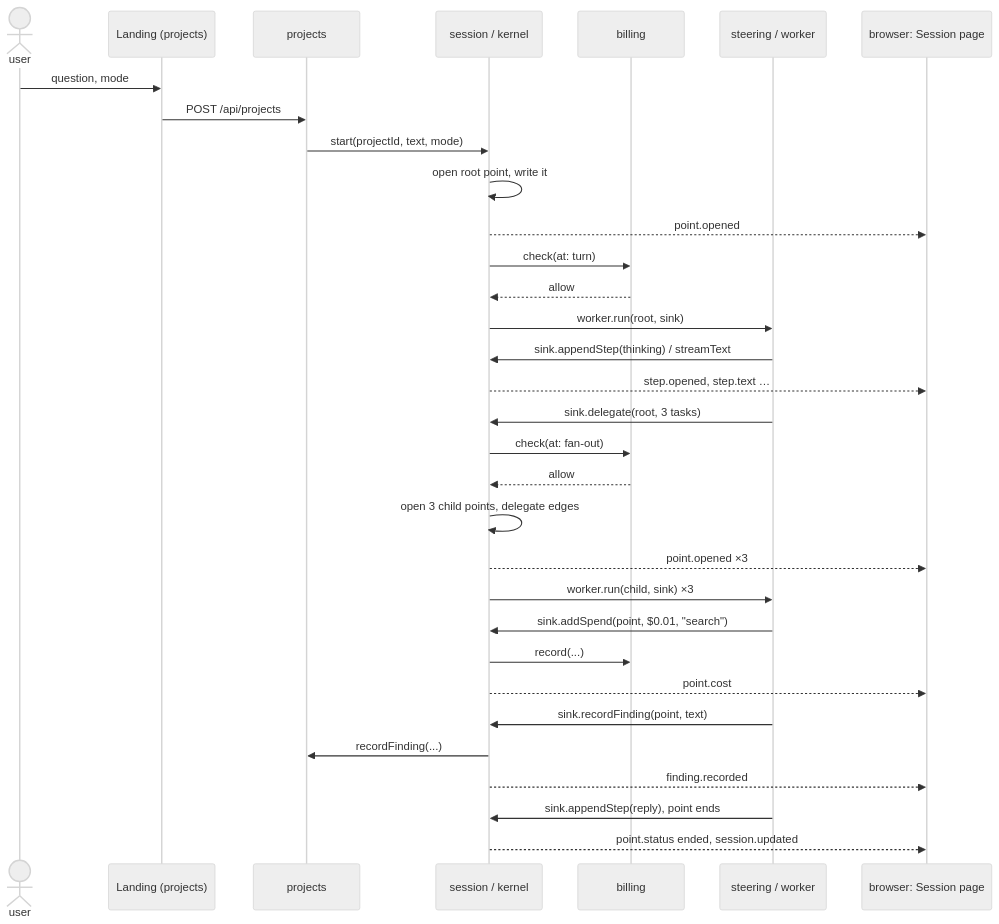
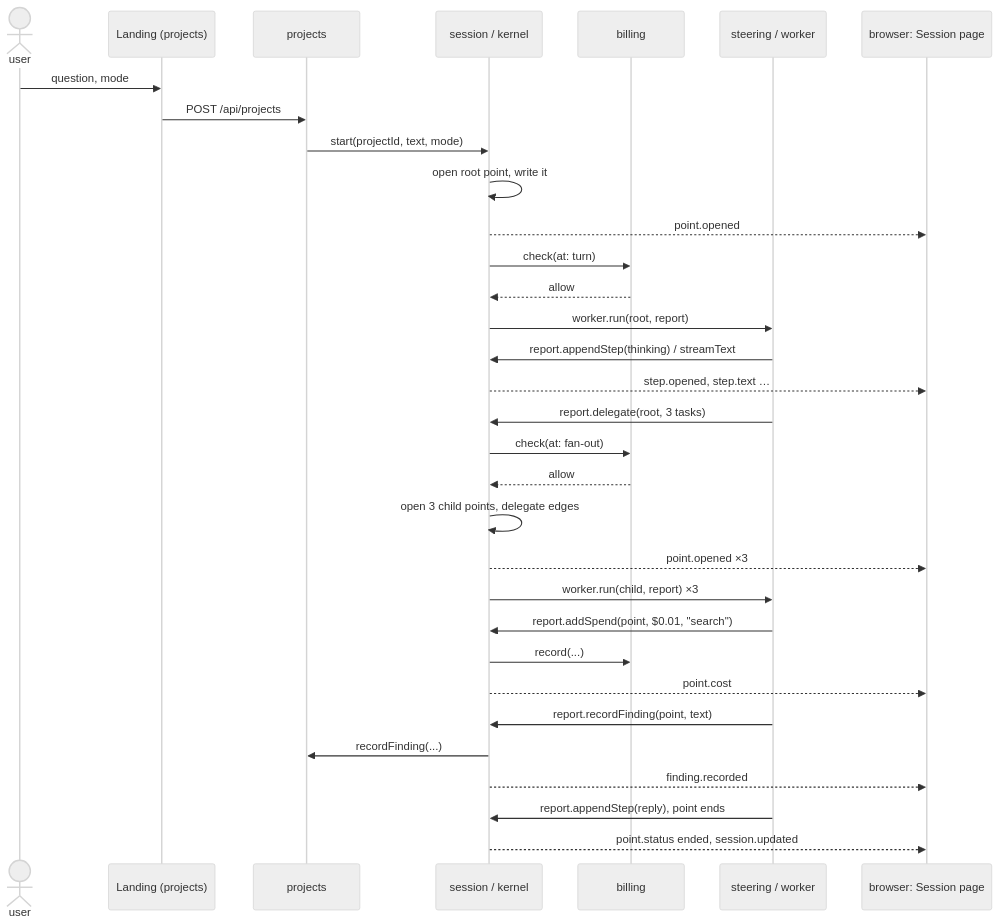
The ninth of 16 diagrams in docs/ARCHITECTURE.md (ziyangliu-666/lumen-next), drawn with Mermaid (neutral theme) before and after one commit. The commit also changed other lines of this file and 17 other files, not shown here.

````diff
--- a/docs/ARCHITECTURE.md
+++ b/docs/ARCHITECTURE.md
@@ -471,35 +471,35 @@
 ```mermaid
 sequenceDiagram
   actor U as user
   participant L as Landing (projects)
   participant P as projects
   participant S as session / kernel
   participant M as billing
   participant T as steering / worker
   participant B as browser: Session page
 
   U->>L: question, mode
   L->>P: POST /api/projects
   P->>S: start(projectId, text, mode)
   S->>S: open root point, write it
   S-->>B: point.opened
   S->>M: check(at: turn)
   M-->>S: allow
-  S->>T: worker.run(root, sink)
-  T->>S: sink.appendStep(thinking) / streamText
+  S->>T: worker.run(root, report)
+  T->>S: report.appendStep(thinking) / streamText
   S-->>B: step.opened, step.text …
-  T->>S: sink.delegate(root, 3 tasks)
+  T->>S: report.delegate(root, 3 tasks)
   S->>M: check(at: fan-out)
   M-->>S: allow
   S->>S: open 3 child points, delegate edges
   S-->>B: point.opened ×3
-  S->>T: worker.run(child, sink) ×3
-  T->>S: sink.addSpend(point, $0.01, "search")
+  S->>T: worker.run(child, report) ×3
+  T->>S: report.addSpend(point, $0.01, "search")
   S->>M: record(...)
   S-->>B: point.cost
-  T->>S: sink.recordFinding(point, text)
+  T->>S: report.recordFinding(point, text)
   S->>P: recordFinding(...)
   S-->>B: finding.recorded
-  T->>S: sink.appendStep(reply), point ends
+  T->>S: report.appendStep(reply), point ends
   S-->>B: point.status ended, session.updated
 ```
````
